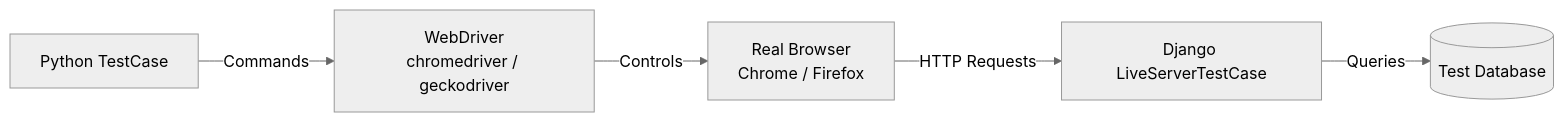
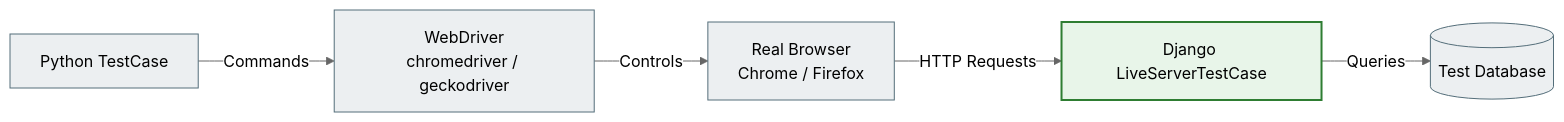
Before and after one commit to NikoriakViktot/notes_chat_app: the seventh of 8 diagrams in docs/08_testing_and_quality/django_testing_full.md, drawn with Mermaid (neutral theme). The commit also changed other lines of this file and 441 other files, not shown here.

First line of the commit message:
Add English version of the book, Mermaid standard, docs fixes

````diff
--- a/docs/08_testing_and_quality/django_testing_full.md
+++ b/docs/08_testing_and_quality/django_testing_full.md
@@ -797,7 +821,12 @@
 ```mermaid
 graph LR
-    A["Python TestCase"] -->|"Commands"| B["WebDriver\nchromedriver / geckodriver"]
-    B -->|"Controls"| C["Real Browser\nChrome / Firefox"]
+    A["Python TestCase"] -->|"Commands"| B["WebDriver<br>chromedriver / geckodriver"]
+    B -->|"Controls"| C["Real Browser<br>Chrome / Firefox"]
     C -->|"HTTP Requests"| D["Django LiveServerTestCase"]
     D -->|"Queries"| E[("Test Database")]
+
+    classDef step     fill:#eceff1,stroke:#546e7a,stroke-width:1px;
+    classDef success  fill:#e8f5e9,stroke:#2e7d32,stroke-width:2px;
+    class A,B,C,E step;
+    class D success;
 ```
````
